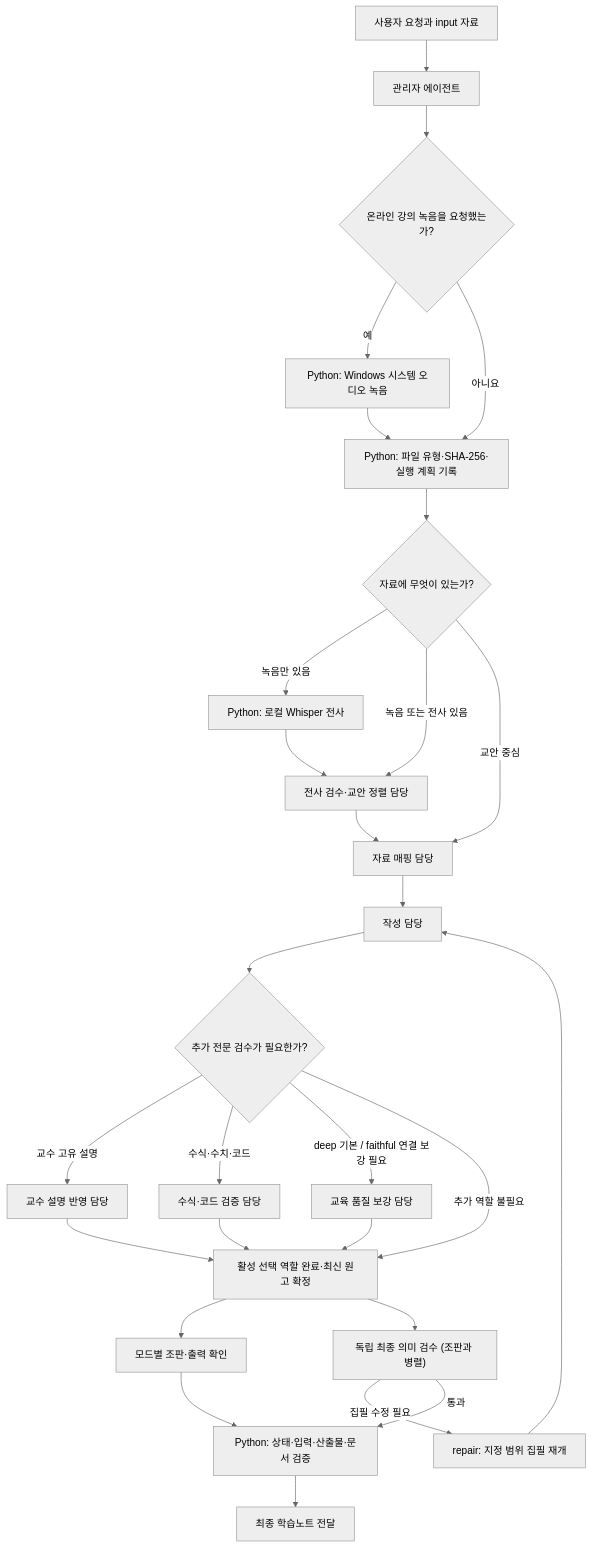
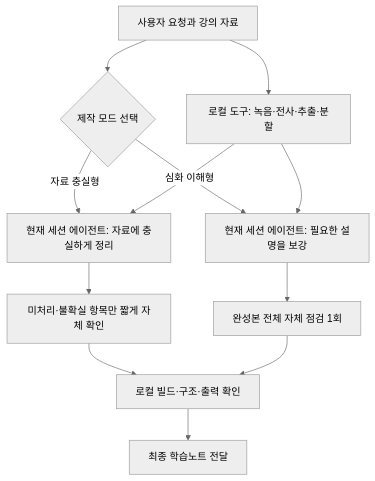
The diagram in README.md (choconyam/gongbu-haja), drawn with Mermaid (neutral theme) before and after one commit. The commit also changed other lines of this file and 4 other files, not shown here.

````diff
--- a/README.md
+++ b/README.md
@@ -236,30 +228,14 @@
 ```mermaid
 flowchart TD
-    U["사용자 요청과 input 자료"] --> M["관리자 에이전트"]
-    M --> Q{"온라인 강의 녹음을 요청했는가?"}
-    Q -->|"예"| G["Python: Windows 시스템 오디오 녹음"]
-    Q -->|"아니요"| P["Python: 파일 유형·SHA-256·실행 계획 기록"]
-    G --> P
-    P --> D{"자료에 무엇이 있는가?"}
-    D -->|"녹음만 있음"| T["Python: 로컬 Whisper 전사"]
-    D -->|"녹음 또는 전사 있음"| A["전사 검수·교안 정렬 담당"]
-    D -->|"교안 중심"| S["자료 매핑 담당"]
-    T --> A
-    A --> S
-    S --> W["작성 담당"]
-    W --> C{"추가 전문 검수가 필요한가?"}
-    C -->|"교수 고유 설명"| I["교수 설명 반영 담당"]
-    C -->|"수식·수치·코드"| F["수식·코드 검증 담당"]
-    C -->|"deep 기본 / faithful 연결 보강 필요"| E["교육 품질 보강 담당"]
-    C -->|"추가 역할 불필요"| B["활성 선택 역할 완료·최신 원고 확정"]
-    I --> B
-    F --> B
-    E --> B
-    B --> L["모드별 조판·출력 확인"]
-    B --> R["독립 최종 의미 검수 (조판과 병렬)"]
-    R -->|"집필 수정 필요"| X["repair: 지정 범위 집필 재개"]
-    X --> W
-    R -->|"통과"| V["Python: 상태·입력·산출물·문서 검증"]
-    L --> V
-    V --> O["최종 학습노트 전달"]
+    U["사용자 요청과 강의 자료"] --> M{"제작 모드 선택"}
+    M -->|"자료 충실형"| F["현재 세션 에이전트: 자료에 충실하게 정리"]
+    M -->|"심화 이해형"| D["현재 세션 에이전트: 필요한 설명을 보강"]
+    U --> P["로컬 도구: 녹음·전사·추출·분할"]
+    P --> F
+    P --> D
+    F --> FC["미처리·불확실 항목만 짧게 자체 확인"]
+    D --> DC["완성본 전체 자체 점검 1회"]
+    FC --> B["로컬 빌드·구조·출력 확인"]
+    DC --> B
+    B --> O["최종 학습노트 전달"]
 ```
````
